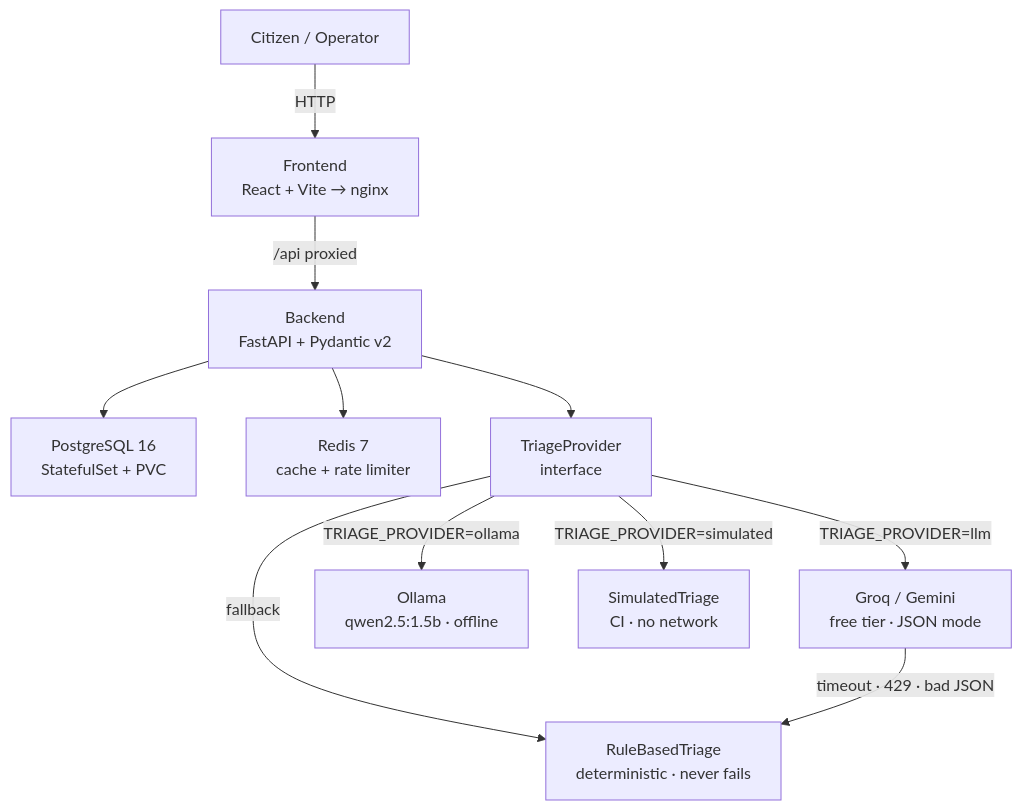
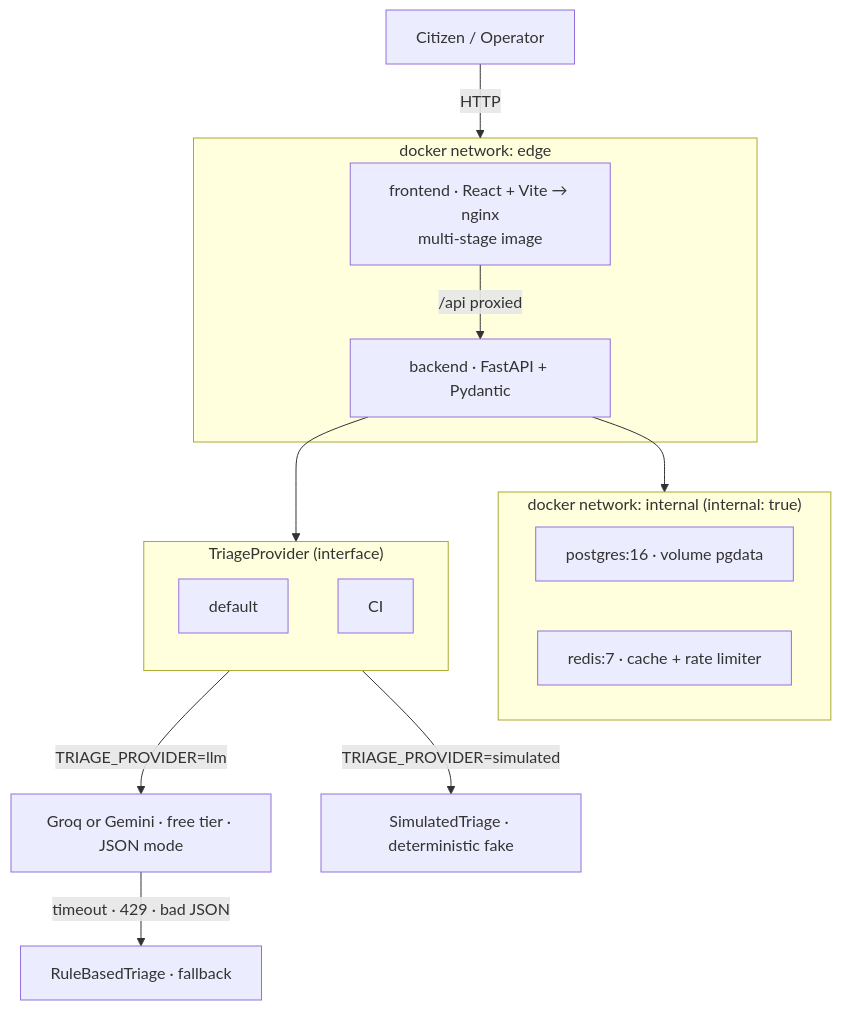
Before and after one commit to WrittenByAli/civicpulse: the diagram in README.md, drawn with Mermaid.

Commit message:
docs: update architecture diagram to match assignment spec
- Two Docker networks shown as subgraphs (edge + internal)
- TriageProvider split into default and CI paths
- Fallback chain from LLM timeout/429/bad JSON → RuleBasedTriage
- Matches system architecture diagram from assignment §2

````diff
--- a/README.md
+++ b/README.md
@@ -27,13 +27,29 @@
 ```mermaid
 graph TD
-    User["Citizen / Operator"] -->|HTTP| FE["Frontend\nReact + Vite → nginx"]
-    FE -->|/api proxied| BE["Backend\nFastAPI + Pydantic v2"]
-    BE --> PG["PostgreSQL 16\nStatefulSet + PVC"]
-    BE --> RD["Redis 7\ncache + rate limiter"]
-    BE --> TP["TriageProvider\ninterface"]
-    TP -->|TRIAGE_PROVIDER=llm| LLM["Groq / Gemini\nfree tier · JSON mode"]
-    TP -->|TRIAGE_PROVIDER=ollama| OL["Ollama\nqwen2.5:1.5b · offline"]
-    TP -->|fallback| RB["RuleBasedTriage\ndeterministic · never fails"]
-    TP -->|TRIAGE_PROVIDER=simulated| SIM["SimulatedTriage\nCI · no network"]
-    LLM -->|timeout · 429 · bad JSON| RB
+    User["Citizen / Operator"]
+    User -->|HTTP| edge
+
+    subgraph edge["docker network: edge"]
+        FE["frontend · React + Vite → nginx\nmulti-stage image"]
+        FE -->|"/api proxied"| BE["backend · FastAPI + Pydantic"]
+    end
+
+    BE --> internal
+    BE --> TP
+
+    subgraph internal["docker network: internal (internal: true)"]
+        PG["postgres:16 · volume pgdata"]
+        RD["redis:7 · cache + rate limiter"]
+    end
+
+    subgraph TP["TriageProvider (interface)"]
+        direction TB
+        DEFAULT["default"]
+        CI_PATH["CI"]
+    end
+
+    DEFAULT -->|TRIAGE_PROVIDER=llm| LLM["Groq or Gemini · free tier · JSON mode"]
+    CI_PATH -->|TRIAGE_PROVIDER=simulated| SIM["SimulatedTriage · deterministic fake"]
+
+    LLM -->|"timeout · 429 · bad JSON"| RB["RuleBasedTriage · fallback"]
 ```
````
